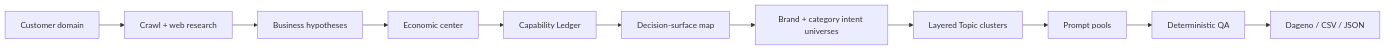
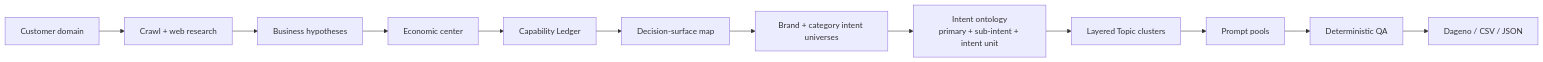
The diagram in README.md (dageno-agents/dageno-online-topic-prompt-generator), drawn with Mermaid before and after one commit. The commit also changed other lines of this file and 13 other files, not shown here.

Commit message:
Add intent-unit coverage ontology (#5)

````diff
--- a/README.md
+++ b/README.md
@@ -52,13 +53,14 @@
 ```mermaid
 flowchart LR
   A["Customer domain"] --> B["Crawl + web research"]
   B --> C["Business hypotheses"]
   C --> D["Economic center"]
   D --> E["Capability Ledger"]
   E --> F["Decision-surface map"]
   F --> G["Brand + category intent universes"]
-  G --> H["Layered Topic clusters"]
-  H --> I["Prompt pools"]
-  I --> J["Deterministic QA"]
-  J --> K["Dageno / CSV / JSON"]
+  G --> H["Intent ontology<br/>primary + sub-intent + intent unit"]
+  H --> I["Layered Topic clusters"]
+  I --> J["Prompt pools"]
+  J --> L["Deterministic QA"]
+  L --> K["Dageno / CSV / JSON"]
 ```
````
